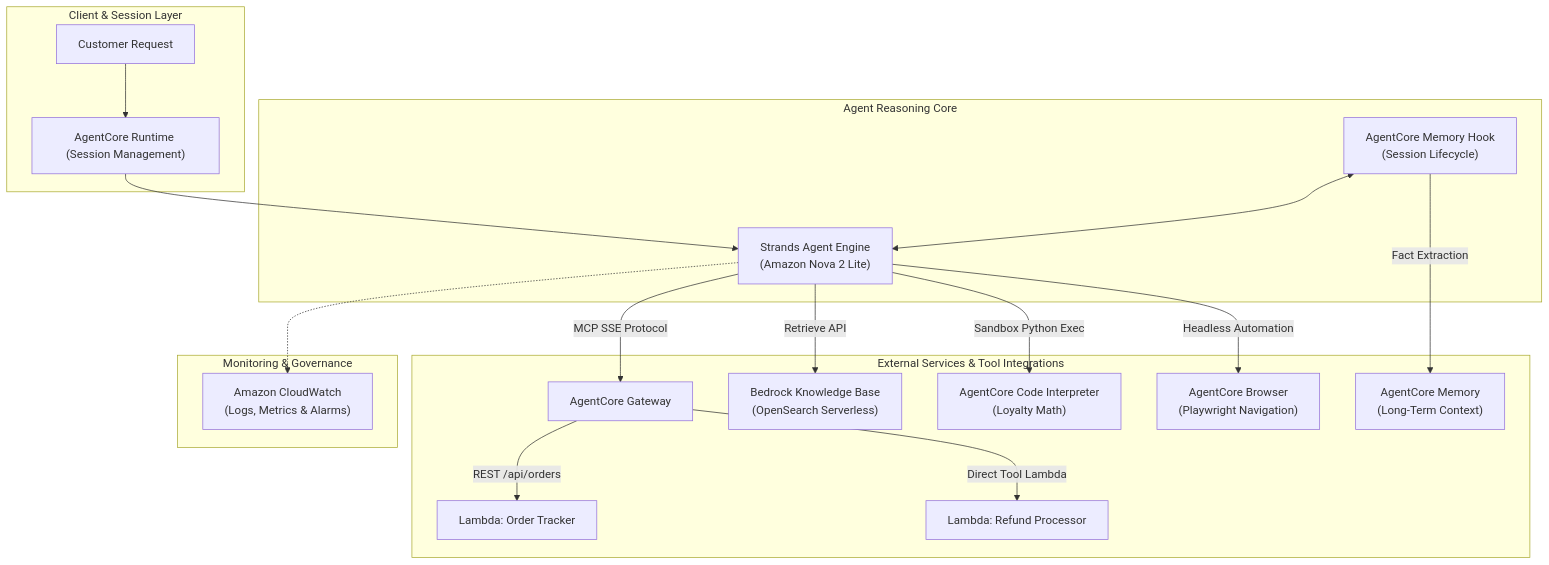
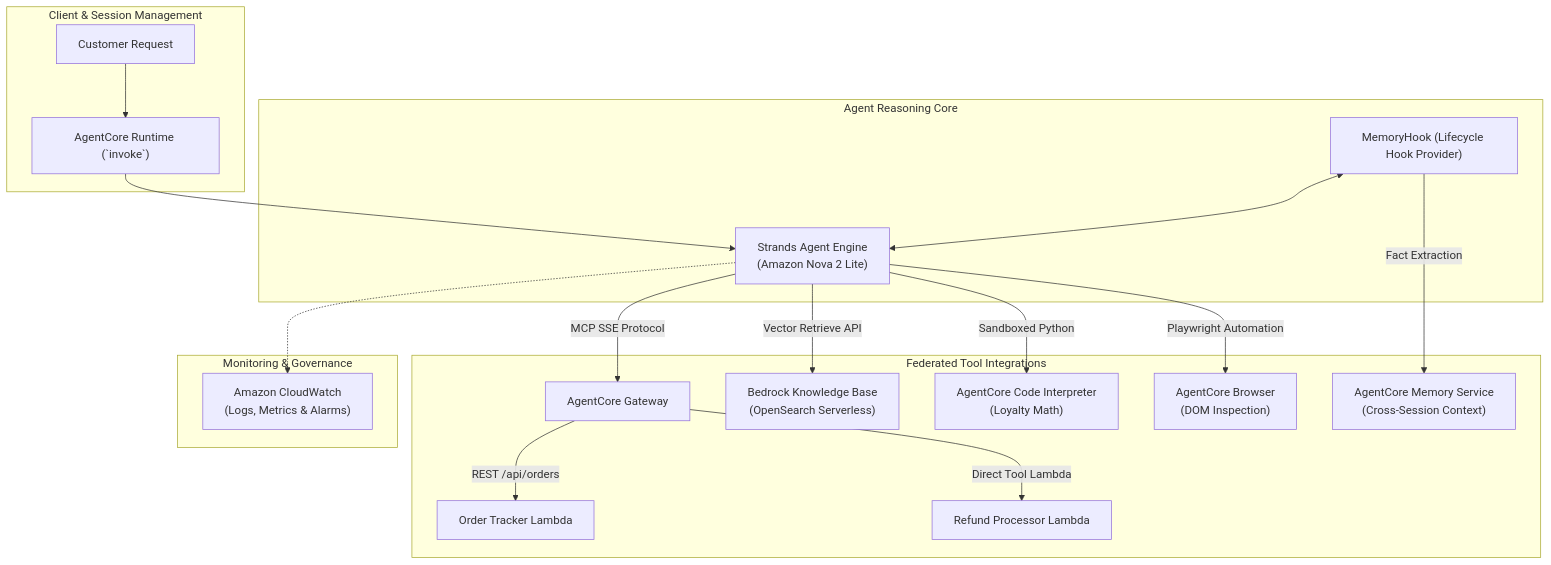
The diagram in README.md (Nitin-Mane/AI-Support-Agent), drawn with Mermaid before and after one commit. The commit also changed other lines of this file and 66 other files, not shown here.

First line of the commit message:
refactor: architectural restructuring, technical documentation, and test suite hardening

````diff
--- a/README.md
+++ b/README.md
@@ -9,26 +9,26 @@
 ```mermaid
 flowchart TD
-    subgraph ClientLayer["Client & Session Layer"]
-        User["Customer Request"] --> Runtime["AgentCore Runtime (Session Management)"]
+    subgraph ClientLayer["Client & Session Management"]
+        User["Customer Request"] --> Runtime["AgentCore Runtime (`invoke`)"]
     end
 
     subgraph AgentCore["Agent Reasoning Core"]
         Runtime --> Agent["Strands Agent Engine<br/>(Amazon Nova 2 Lite)"]
-        MemoryHook["AgentCore Memory Hook<br/>(Session Lifecycle)"] <--> Agent
+        MemoryHook["MemoryHook (Lifecycle Hook Provider)"] <--> Agent
     end
 
-    subgraph ToolEcosystem["External Services & Tool Integrations"]
+    subgraph ToolEcosystem["Federated Tool Integrations"]
         Agent -->|"MCP SSE Protocol"| Gateway["AgentCore Gateway"]
-        Gateway -->|"REST /api/orders"| LambdaOrder["Lambda: Order Tracker"]
-        Gateway -->|"Direct Tool Lambda"| LambdaRefund["Lambda: Refund Processor"]
+        Gateway -->|"REST /api/orders"| LambdaOrder["Order Tracker Lambda"]
+        Gateway -->|"Direct Tool Lambda"| LambdaRefund["Refund Processor Lambda"]
 
-        Agent -->|"Retrieve API"| BedrockKB["Bedrock Knowledge Base<br/>(OpenSearch Serverless)"]
-        Agent -->|"Sandbox Python Exec"| CodeInterpreter["AgentCore Code Interpreter<br/>(Loyalty Math)"]
-        Agent -->|"Headless Automation"| BrowserTool["AgentCore Browser<br/>(Playwright Navigation)"]
-        MemoryHook -->|"Fact Extraction"| AgentMemory["AgentCore Memory<br/>(Long-Term Context)"]
+        Agent -->|"Vector Retrieve API"| BedrockKB["Bedrock Knowledge Base<br/>(OpenSearch Serverless)"]
+        Agent -->|"Sandboxed Python"| CodeInterpreter["AgentCore Code Interpreter<br/>(Loyalty Math)"]
+        Agent -->|"Playwright Automation"| BrowserTool["AgentCore Browser<br/>(DOM Inspection)"]
+        MemoryHook -->|"Fact Extraction"| AgentMemory["AgentCore Memory Service<br/>(Cross-Session Context)"]
     end
 
     subgraph Observability["Monitoring & Governance"]
         Agent -.-> CloudWatch["Amazon CloudWatch<br/>(Logs, Metrics & Alarms)"]
     end
 ```
````
